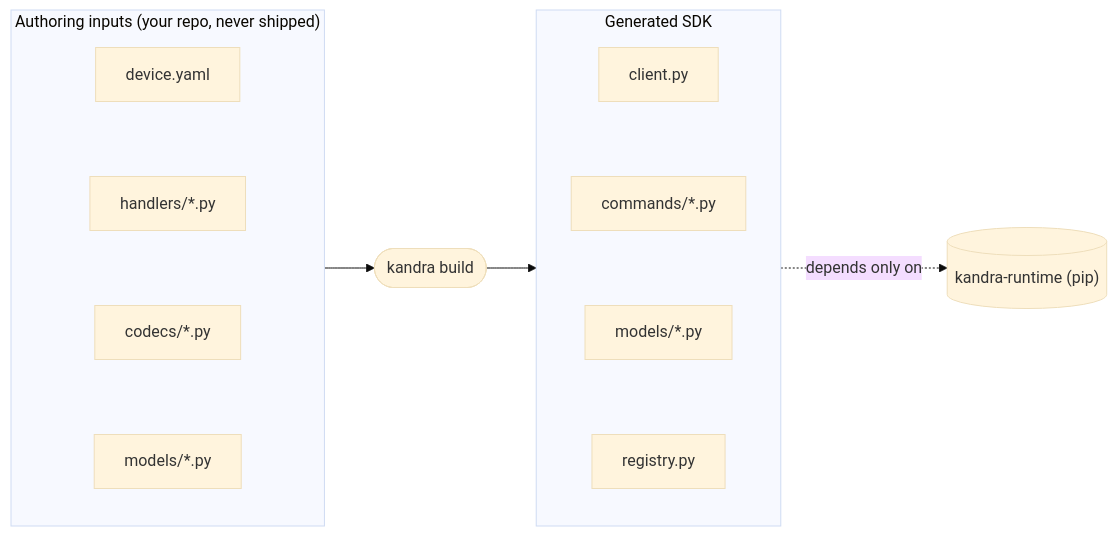
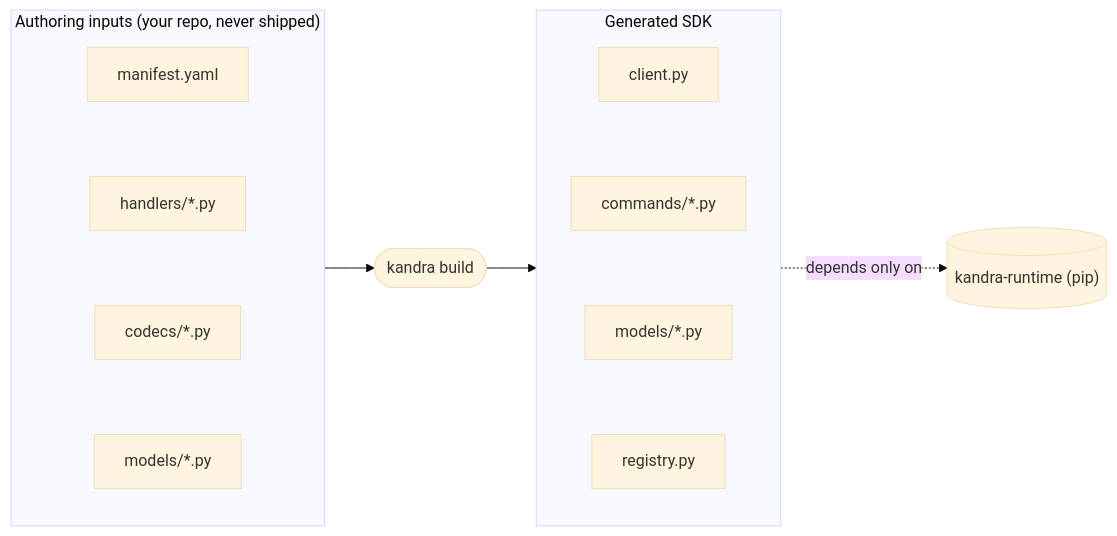
Before and after one commit to jugglingbear/kandra: the diagram in docs/motivation.md, drawn with Mermaid (base theme).

Commit message:
docs: fix How-It-Works diagram file label
The How It Works flowchart labeled the manifest node device.yaml, a name used nowhere else in the repo. Rename it to
manifest.yaml to match the examples and the rest of the docs.

````diff
--- a/docs/motivation.md
+++ b/docs/motivation.md
@@ -30,23 +30,23 @@
 ```{mermaid}
 flowchart LR
     subgraph inputs["Authoring inputs (your repo, never shipped)"]
         direction TB
-        yaml["device.yaml"]
+        yaml["manifest.yaml"]
         handlers["handlers/*.py"]
         codecs["codecs/*.py"]
         models["models/*.py"]
         yaml ~~~ handlers ~~~ codecs ~~~ models
     end
     build(["kandra build"])
     subgraph artifact["Generated SDK"]
         direction TB
         client["client.py"]
         commands["commands/*.py"]
         amodels["models/*.py"]
         registry["registry.py"]
         client ~~~ commands ~~~ amodels ~~~ registry
     end
     runtime[("kandra-runtime (pip)")]
     inputs --> build --> artifact
     artifact -. depends only on .-> runtime
 ```
````
